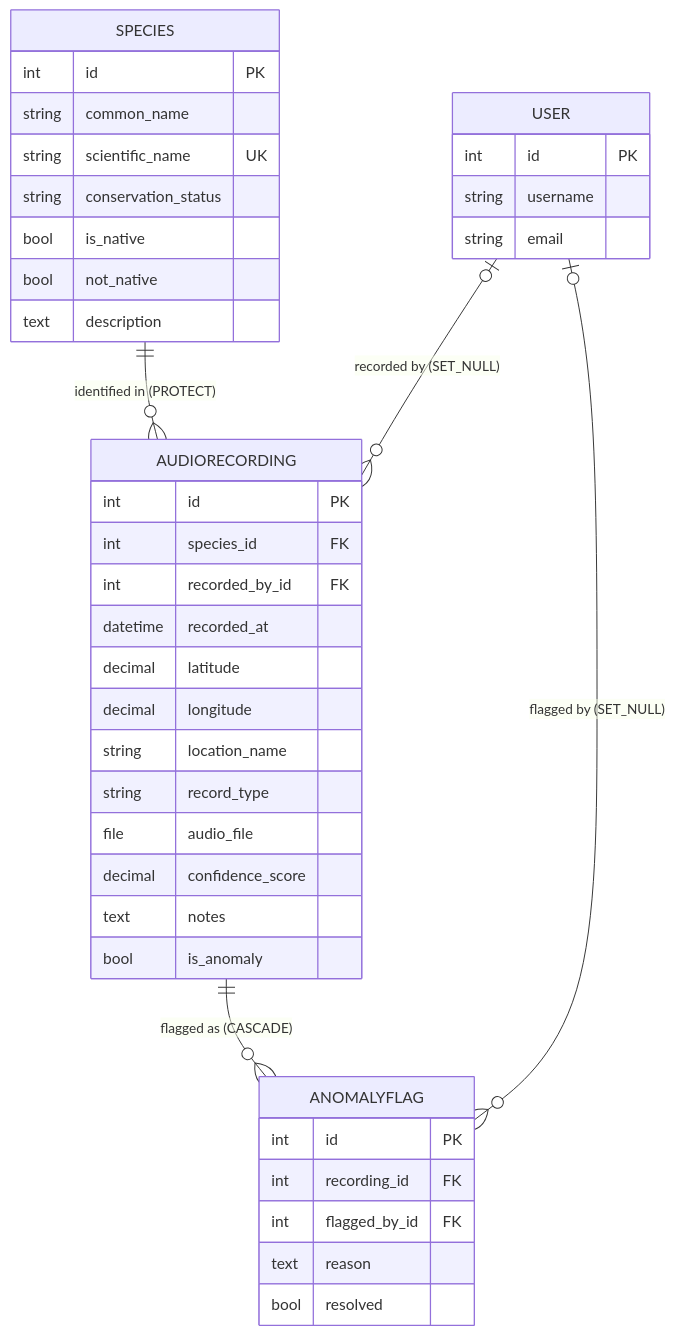
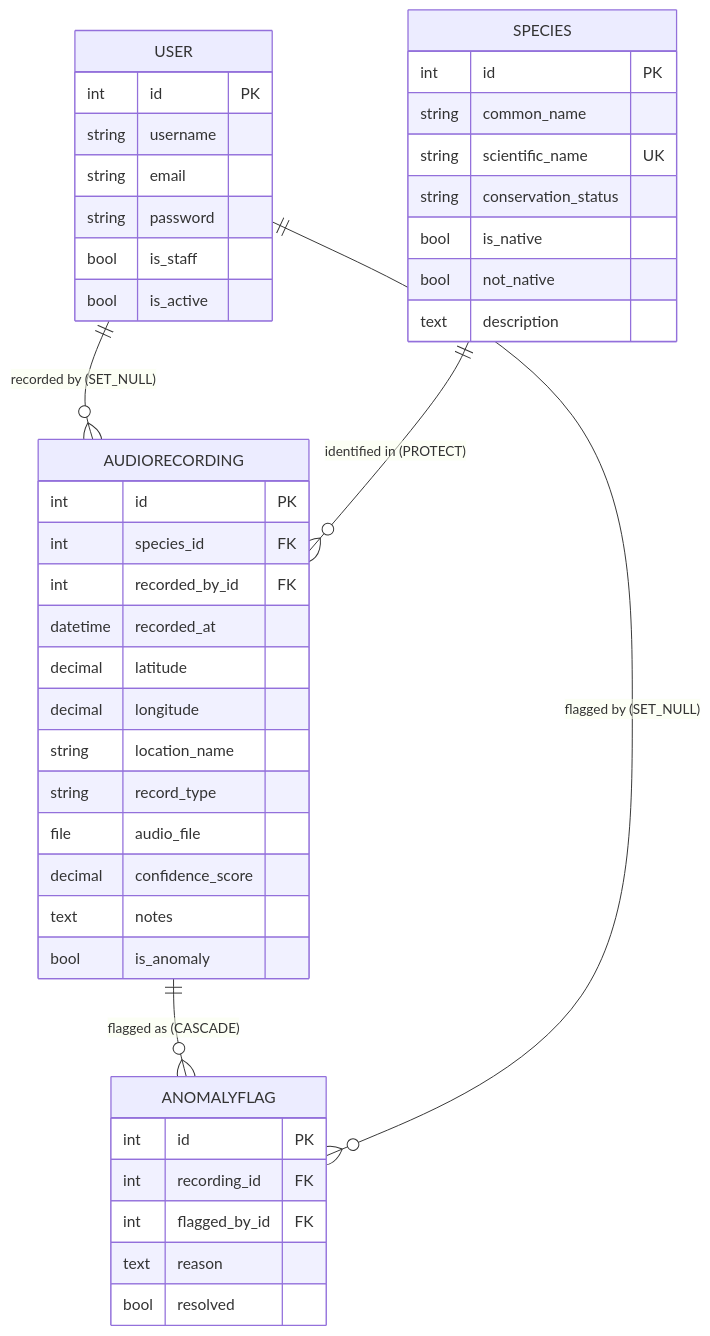
One commit to mishkatuzzannatmoon/HIT237_group15 changed the diagram in ERD.md. Above: the diagram before and after it, drawn with Mermaid. The commit also changed other lines of this file, not shown here.

First line of the commit message:
Update ERD.md

````diff
--- a/ERD.md
+++ b/ERD.md
@@ -3,43 +3,46 @@
 ```mermaid
 erDiagram
   USER {
     int id PK
     string username
     string email
+    string password
+    bool is_staff
+    bool is_active
   }
   SPECIES {
     int id PK
     string common_name
     string scientific_name UK
     string conservation_status
     bool is_native
     bool not_native
     text description
   }
   AUDIORECORDING {
     int id PK
     int species_id FK
     int recorded_by_id FK
     datetime recorded_at
     decimal latitude
     decimal longitude
     string location_name
     string record_type
     file audio_file
     decimal confidence_score
     text notes
     bool is_anomaly
   }
   ANOMALYFLAG {
     int id PK
     int recording_id FK
     int flagged_by_id FK
     text reason
     bool resolved
   }
-
+ 
+  USER ||--o{ AUDIORECORDING : "recorded by (SET_NULL)"
   SPECIES ||--o{ AUDIORECORDING : "identified in (PROTECT)"
-  USER |o--o{ AUDIORECORDING : "recorded by (SET_NULL)"
   AUDIORECORDING ||--o{ ANOMALYFLAG : "flagged as (CASCADE)"
-  USER |o--o{ ANOMALYFLAG : "flagged by (SET_NULL)"
+  USER ||--o{ ANOMALYFLAG : "flagged by (SET_NULL)"
 ```
````
